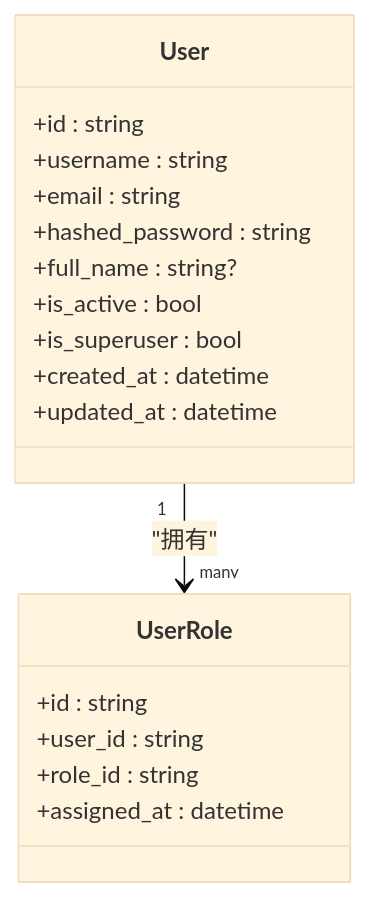
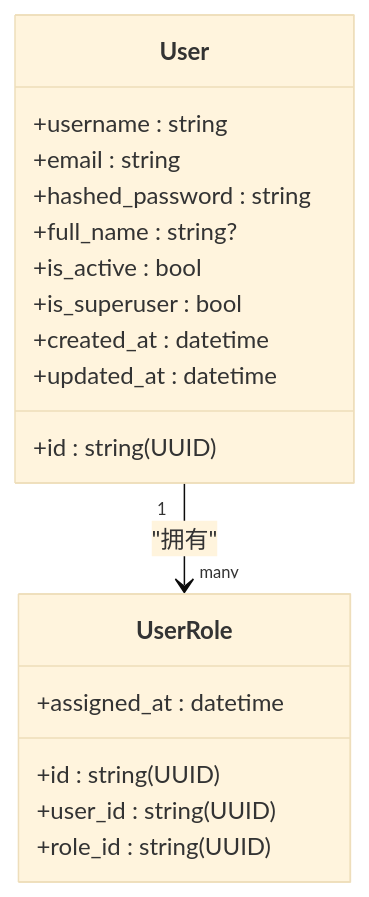
One commit to taoweidong/Hello-FastApi changed the third of 11 diagrams in .qoder/repowiki/zh/content/数据模型设计/数据模型设计.md. Above: the diagram before and after it, drawn with Mermaid (base theme). The commit also changed other lines of this file and 11 other files, not shown here.

````diff
--- a/.qoder/repowiki/zh/content/数据模型设计/数据模型设计.md
+++ b/.qoder/repowiki/zh/content/数据模型设计/数据模型设计.md
@@ -175,21 +162,21 @@
 ```mermaid
 classDiagram
 class User {
-+id : string
++id : string(UUID)
 +username : string
 +email : string
 +hashed_password : string
 +full_name : string?
 +is_active : bool
 +is_superuser : bool
 +created_at : datetime
 +updated_at : datetime
 }
 class UserRole {
-+id : string
-+user_id : string
-+role_id : string
++id : string(UUID)
++user_id : string(UUID)
++role_id : string(UUID)
 +assigned_at : datetime
 }
 User "1" --> "many" UserRole : "拥有"
 ```
````
